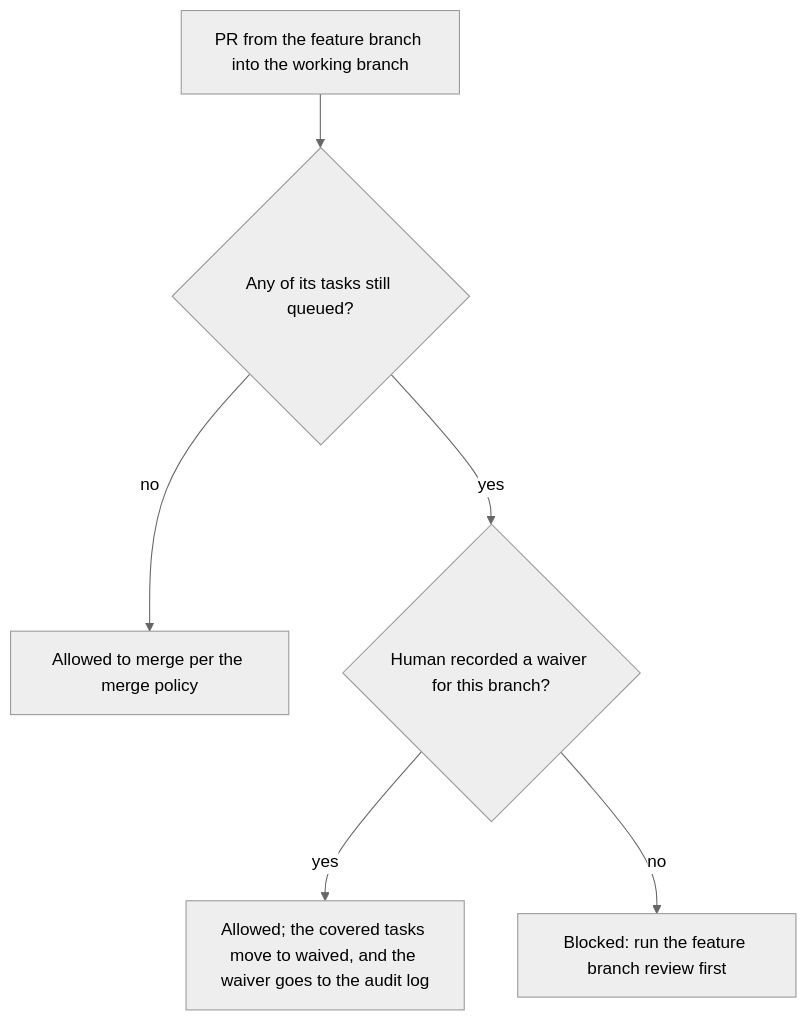
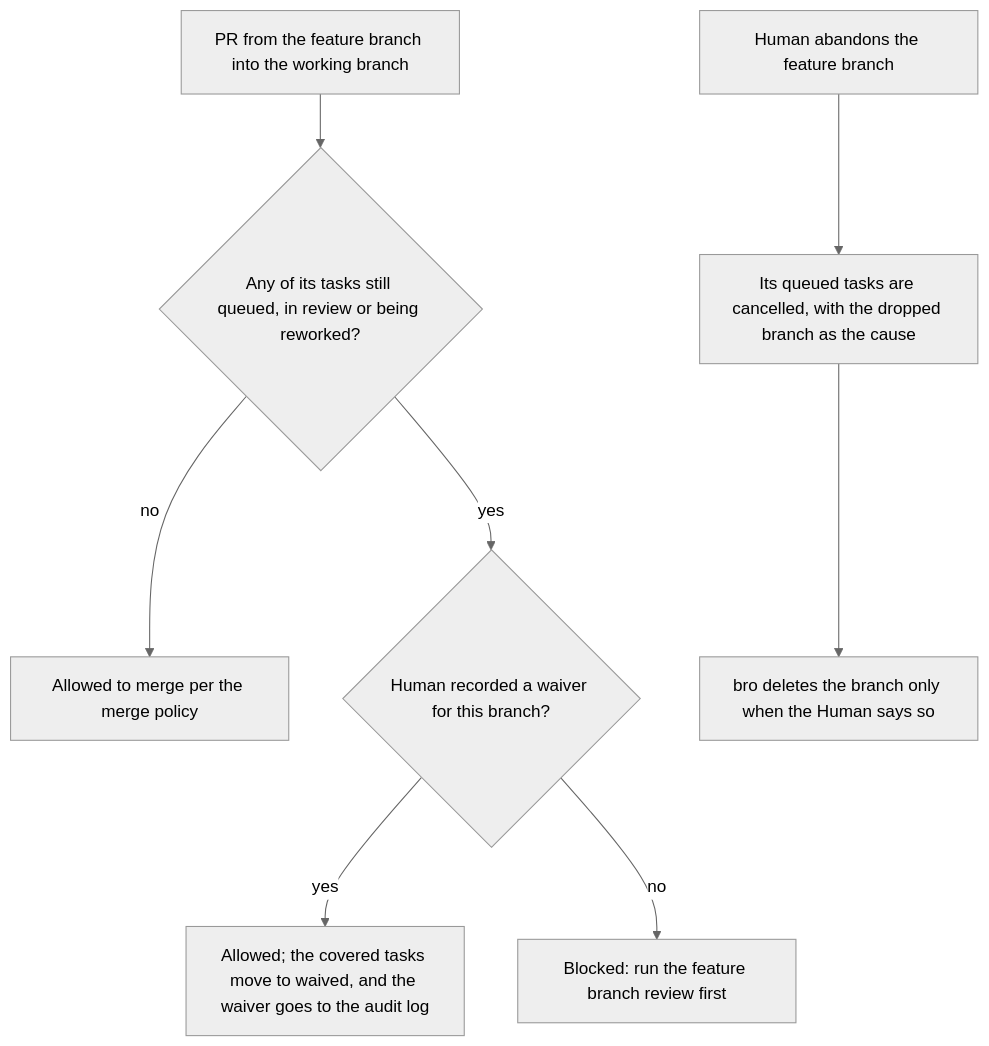
One commit to trustmybot/plugin changed the seventh of 8 diagrams in docs/architecture/AGILE.md. Above: the diagram before and after it, drawn with Mermaid (neutral theme). The commit also changed other lines of this file and 6 other files, not shown here.

First line of the commit message:
📝 docs(schema): planned schema v75 and the task lifecycle it enforces (GH 3224) (#3251)

````diff
--- a/docs/architecture/AGILE.md
+++ b/docs/architecture/AGILE.md
@@ -163,8 +174,10 @@
 ```mermaid
 flowchart TD
-    A[PR from the feature branch into the working branch] --> B{Any of its tasks still queued?}
+    A[PR from the feature branch into the working branch] --> B{Any of its tasks still queued, in review or being reworked?}
     B -- no --> OK[Allowed to merge per the merge policy]
     B -- yes --> W{Human recorded a waiver for this branch?}
     W -- yes --> L[Allowed; the covered tasks move to waived, and the waiver goes to the audit log]
     W -- no --> X[Blocked: run the feature branch review first]
+    D[Human abandons the feature branch] --> E[Its queued tasks are cancelled, with the dropped branch as the cause]
+    E --> F[bro deletes the branch only when the Human says so]
 ```
````
